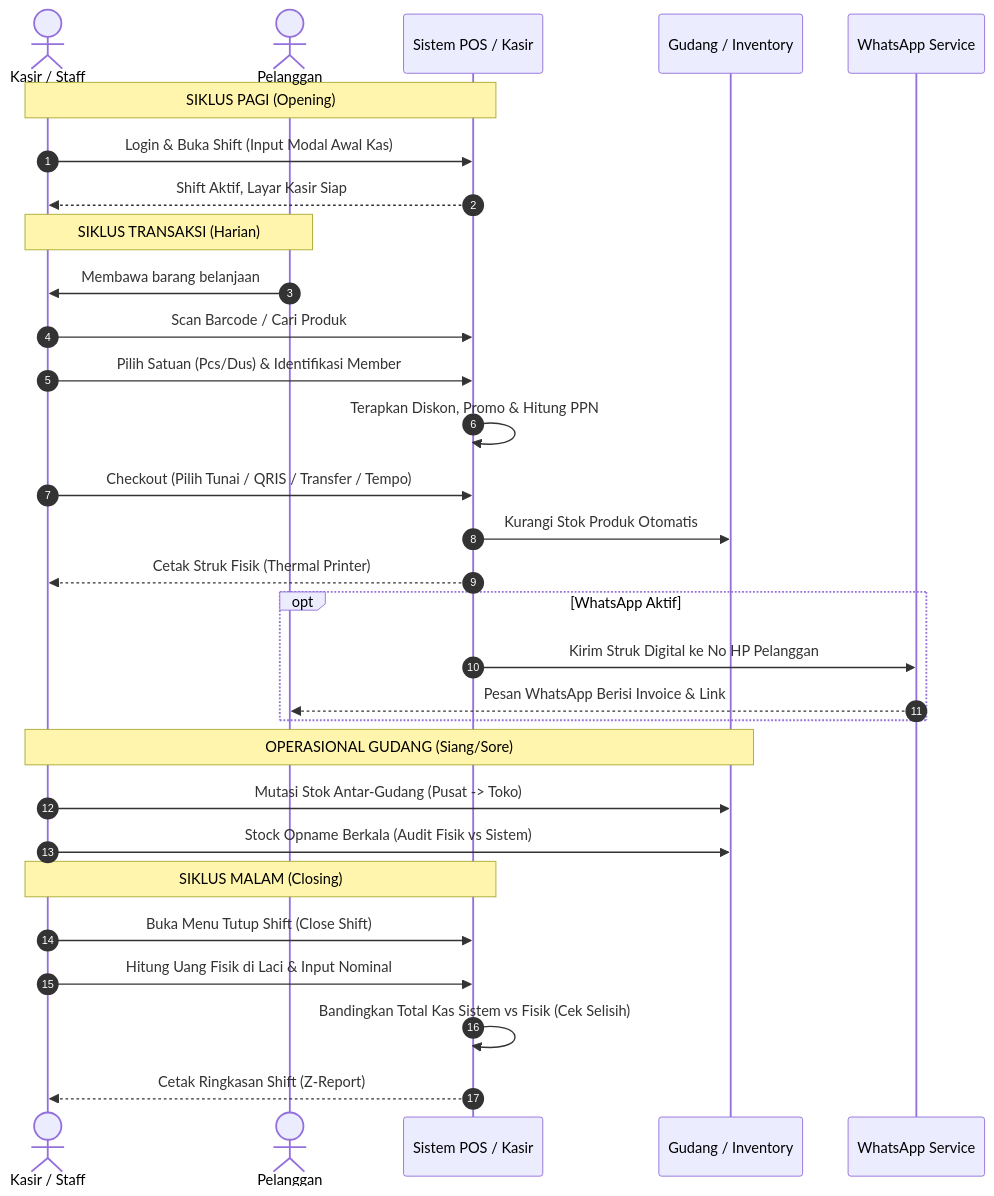
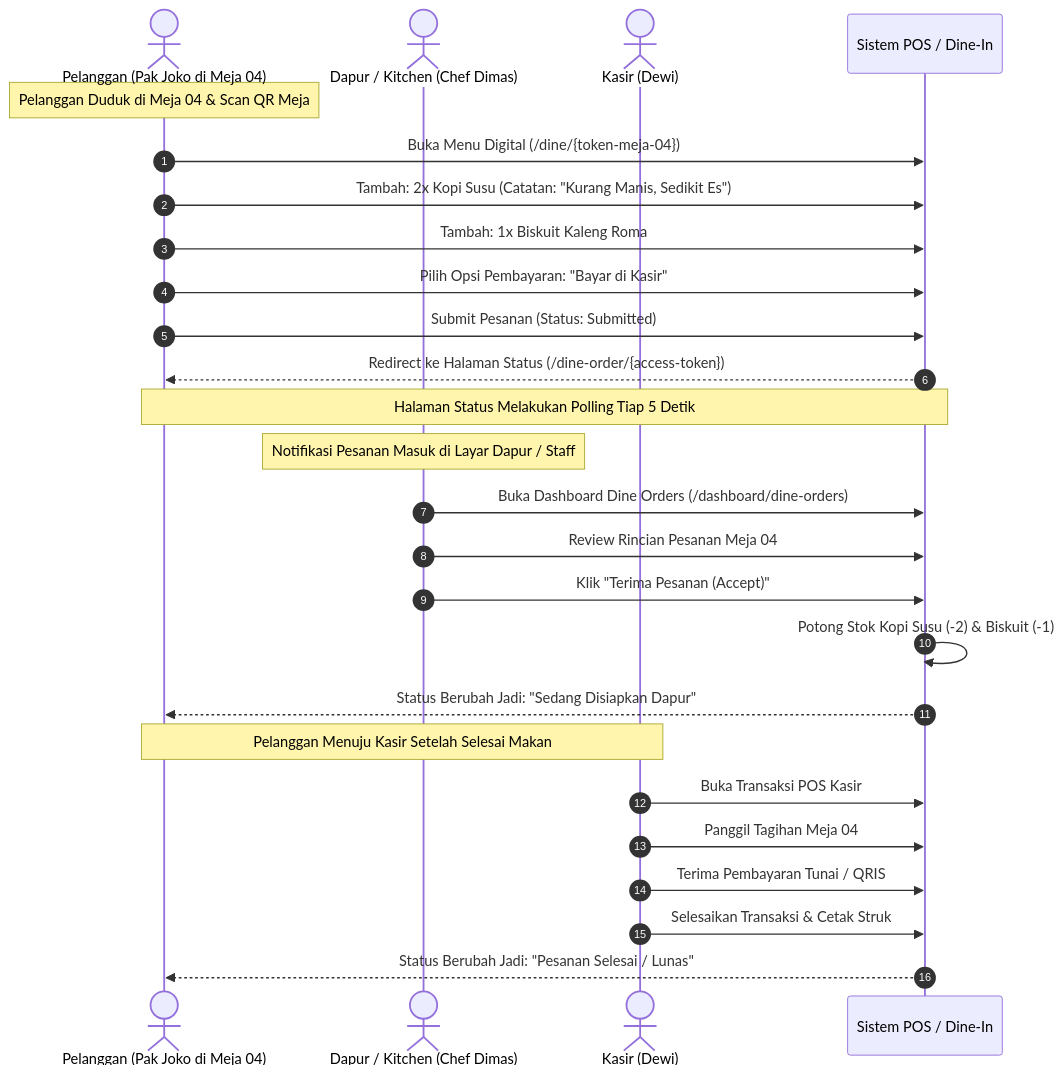
The third of 4 diagrams in docs/simulation-guide.md (x-nfo/pos), drawn with Mermaid before and after one commit. The commit also changed other lines of this file and 1 other file, not shown here.

````diff
--- a/docs/simulation-guide.md
+++ b/docs/simulation-guide.md
@@ -173,36 +285,32 @@
 ```mermaid
 sequenceDiagram
     autonumber
-    actor K as Kasir / Staff
-    actor P as Pelanggan
-    participant POS as Sistem POS / Kasir
-    participant G as Gudang / Inventory
-    participant WA as WhatsApp Service
+    actor P as Pelanggan (Pak Joko di Meja 04)
+    actor K as Dapur / Kitchen (Chef Dimas)
+    actor C as Kasir (Dewi)
+    participant POS as Sistem POS / Dine-In
 
-    Note over K,POS: SIKLUS PAGI (Opening)
-    K->>POS: Login & Buka Shift (Input Modal Awal Kas)
-    POS-->>K: Shift Aktif, Layar Kasir Siap
+    Note over P: Pelanggan Duduk di Meja 04 & Scan QR Meja
+    P->>POS: Buka Menu Digital (/dine/{token-meja-04})
+    P->>POS: Tambah: 2x Kopi Susu (Catatan: "Kurang Manis, Sedikit Es")
+    P->>POS: Tambah: 1x Biskuit Kaleng Roma
+    P->>POS: Pilih Opsi Pembayaran: "Bayar di Kasir"
+    P->>POS: Submit Pesanan (Status: Submitted)
 
-    Note over K,P: SIKLUS TRANSAKSI (Harian)
-    P->>K: Membawa barang belanjaan
-    K->>POS: Scan Barcode / Cari Produk
-    K->>POS: Pilih Satuan (Pcs/Dus) & Identifikasi Member
-    POS->>POS: Terapkan Diskon, Promo & Hitung PPN
-    K->>POS: Checkout (Pilih Tunai / QRIS / Transfer / Tempo)
-    POS->>G: Kurangi Stok Produk Otomatis
-    POS-->>K: Cetak Struk Fisik (Thermal Printer)
-    opt WhatsApp Aktif
-        POS->>WA: Kirim Struk Digital ke No HP Pelanggan
-        WA-->>P: Pesan WhatsApp Berisi Invoice & Link
-    end
+    POS-->>P: Redirect ke Halaman Status (/dine-order/{access-token})
+    Note over P,POS: Halaman Status Melakukan Polling Tiap 5 Detik
 
-    Note over K,G: OPERASIONAL GUDANG (Siang/Sore)
-    K->>G: Mutasi Stok Antar-Gudang (Pusat -> Toko)
-    K->>G: Stock Opname Berkala (Audit Fisik vs Sistem)
+    Note over K: Notifikasi Pesanan Masuk di Layar Dapur / Staff
+    K->>POS: Buka Dashboard Dine Orders (/dashboard/dine-orders)
+    K->>POS: Review Rincian Pesanan Meja 04
+    K->>POS: Klik "Terima Pesanan (Accept)"
+    POS->>POS: Potong Stok Kopi Susu (-2) & Biskuit (-1)
+    POS-->>P: Status Berubah Jadi: "Sedang Disiapkan Dapur"
 
-    Note over K,POS: SIKLUS MALAM (Closing)
-    K->>POS: Buka Menu Tutup Shift (Close Shift)
-    K->>POS: Hitung Uang Fisik di Laci & Input Nominal
-    POS->>POS: Bandingkan Total Kas Sistem vs Fisik (Cek Selisih)
-    POS-->>K: Cetak Ringkasan Shift (Z-Report)
+    Note over P,C: Pelanggan Menuju Kasir Setelah Selesai Makan
+    C->>POS: Buka Transaksi POS Kasir
+    C->>POS: Panggil Tagihan Meja 04
+    C->>POS: Terima Pembayaran Tunai / QRIS
+    C->>POS: Selesaikan Transaksi & Cetak Struk
+    POS-->>P: Status Berubah Jadi: "Pesanan Selesai / Lunas"
 ```
````
